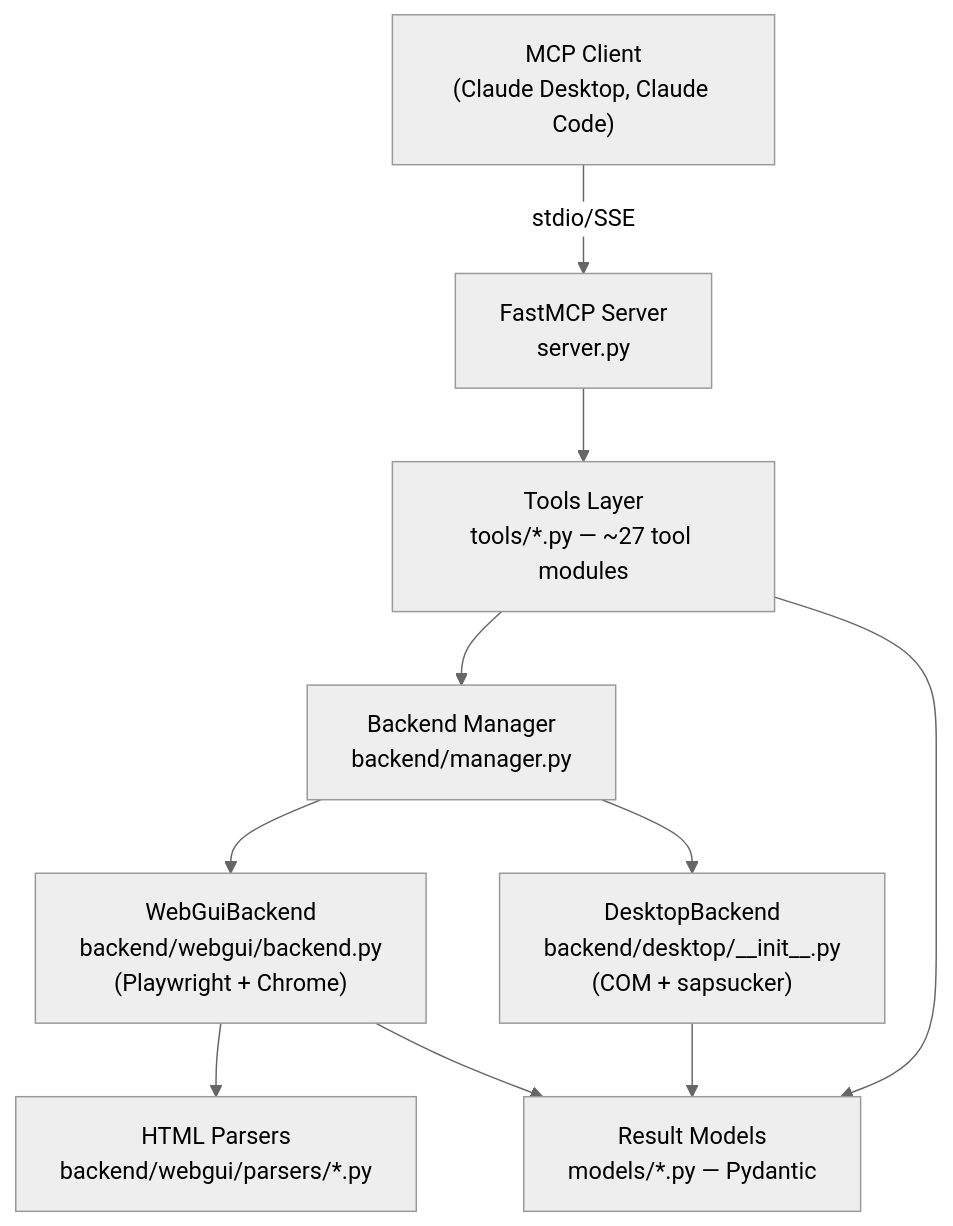
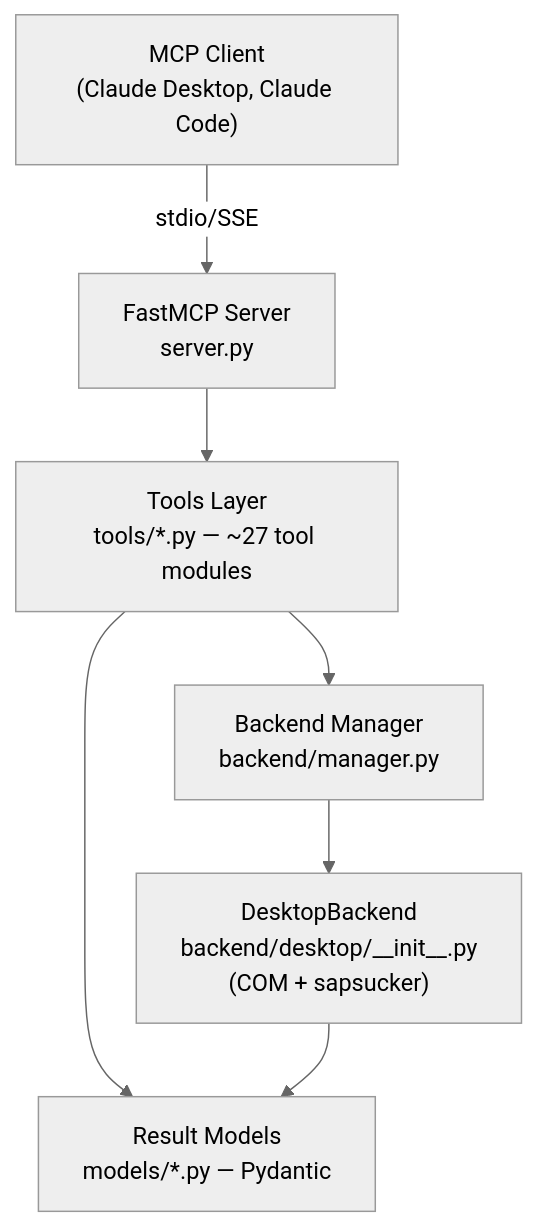
Before and after one commit to Hochfrequenz/sapgui.mcp: the first of 2 diagrams in ARCHITECTURE.md, drawn with Mermaid (neutral theme). The commit also changed other lines of this file and 45 other files, not shown here.

````diff
--- a/ARCHITECTURE.md
+++ b/ARCHITECTURE.md
@@ -13,21 +13,16 @@
 ```mermaid
 graph TD
     Client["MCP Client<br/>(Claude Desktop, Claude Code)"]
     Server["FastMCP Server<br/>server.py"]
     Tools["Tools Layer<br/>tools/*.py — ~27 tool modules"]
     Manager["Backend Manager<br/>backend/manager.py"]
-    WebGUI["WebGuiBackend<br/>backend/webgui/backend.py<br/>(Playwright + Chrome)"]
     Desktop["DesktopBackend<br/>backend/desktop/__init__.py<br/>(COM + sapsucker)"]
-    Parsers["HTML Parsers<br/>backend/webgui/parsers/*.py"]
     Models["Result Models<br/>models/*.py — Pydantic"]
 
     Client -->|stdio/SSE| Server
     Server --> Tools
     Tools --> Manager
-    Manager --> WebGUI
     Manager --> Desktop
-    WebGUI --> Parsers
     Tools --> Models
-    WebGUI --> Models
     Desktop --> Models
 ```
````
